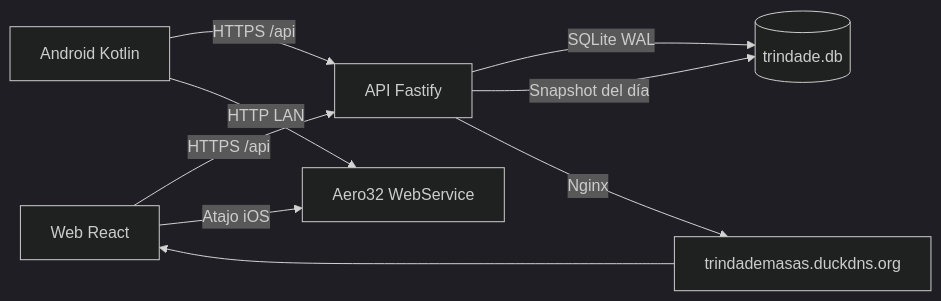
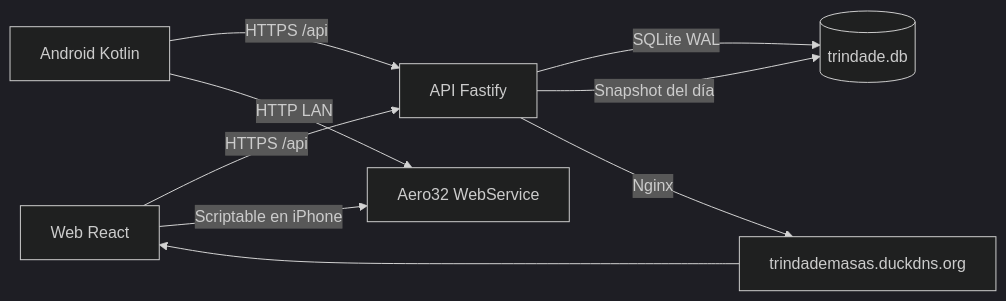
The first of 3 diagrams in docs/arquitectura.md (wilkin-barban/Trindade), drawn with Mermaid (dark theme) before and after one commit. The commit also changed other lines of this file and 6 other files, not shown here.

Commit message:
docs: document the Scriptable bridge for the iPhone

````diff
--- a/docs/arquitectura.md
+++ b/docs/arquitectura.md
@@ -8,11 +8,11 @@
 ```mermaid
 flowchart LR
     W[Web React] -->|HTTPS /api| API[API Fastify]
     A[Android Kotlin] -->|HTTPS /api| API
     A -->|HTTP LAN| ERP[Aero32 WebService]
-    W -->|Atajo iOS| ERP
+    W -->|Scriptable en iPhone| ERP
     API -->|SQLite WAL| DB[(trindade.db)]
     API -->|Snapshot del día| DB
     API -->|Nginx| PUB[trindademasas.duckdns.org]
     PUB --> W
 ```
````
